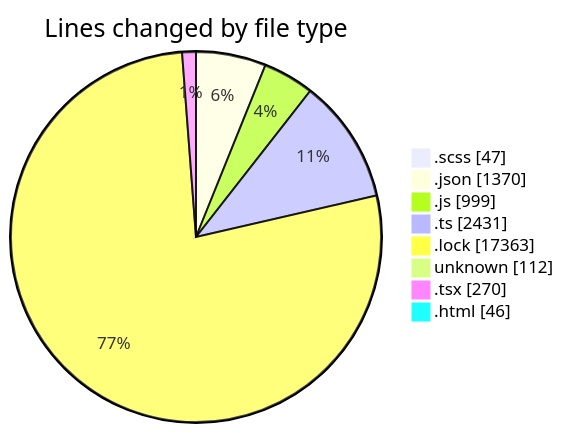
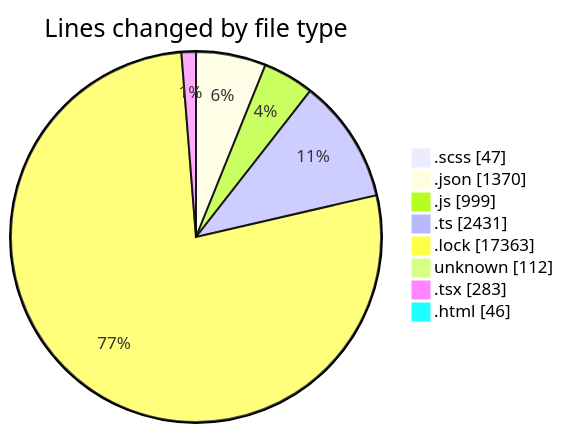
Before and after one commit to momahboobian/code-tracking: the first of 2 diagrams in 2026-04-21/cda/README.md, drawn with Mermaid. The commit also changed other lines of this file and 1 other file, not shown here.

````diff
--- a/2026-04-21/cda/README.md
+++ b/2026-04-21/cda/README.md
@@ -54,12 +54,12 @@
 ```mermaid
 pie showData
 title Lines changed by file type
 ".scss" : 47
 ".json" : 1370
 ".js" : 999
 ".ts" : 2431
 ".lock" : 17363
 "unknown" : 112
-".tsx" : 270
+".tsx" : 283
 ".html" : 46
 ```
````
